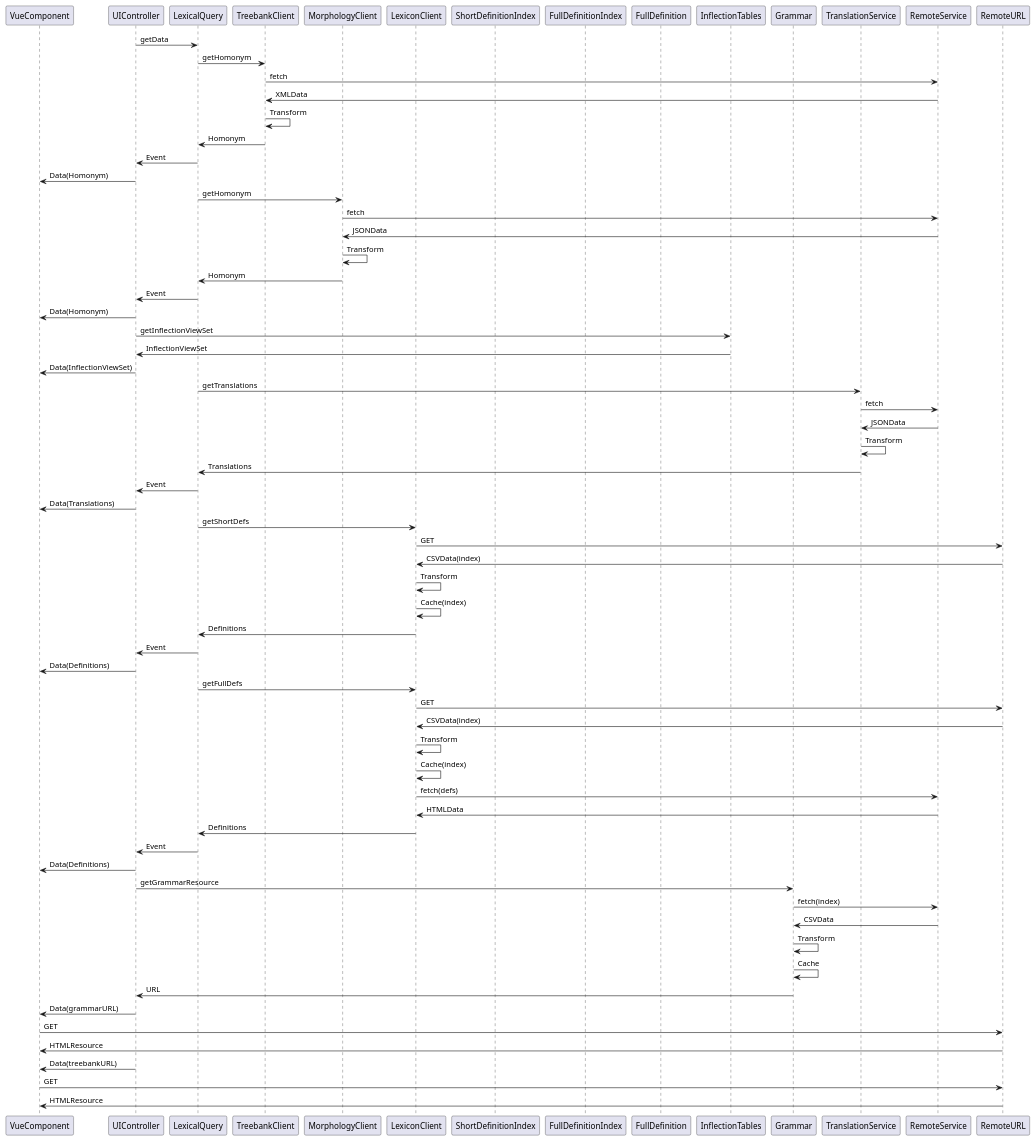
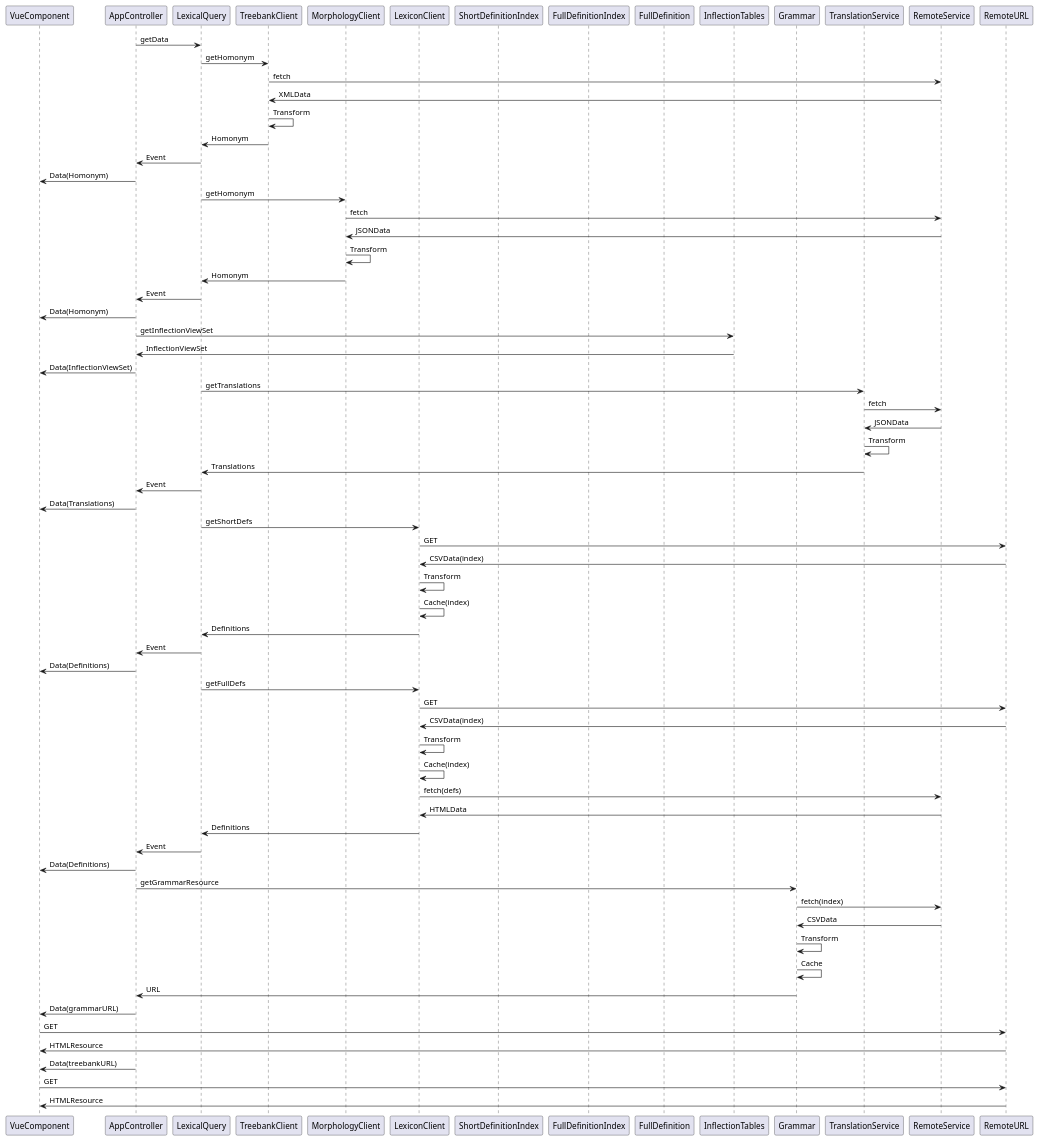
The diagram in development/data-services/lexicalquerydataflow.puml (alpheios-project/documentation), drawn with PlantUML before and after one commit. The commit also changed 15 other files, not shown here.

```diff
--- a/development/data-services/lexicalquerydataflow.puml
+++ b/development/data-services/lexicalquerydataflow.puml
@@ -1,76 +1,76 @@
 @startuml
 
 participant VueComponent as V
-participant UIController as C
+participant AppController as C
 participant LexicalQuery as L
 participant TreebankClient as T
 participant MorphologyClient as M
 participant LexiconClient as X
 participant ShortDefinitionIndex as S
 participant FullDefinitionIndex as D
 participant FullDefinition as F
 participant InflectionTables as I
 participant Grammar as G
 participant TranslationService as A
 participant RemoteService as R
 participant RemoteURL as U
 
 
 C -> L: getData
 L -> T: getHomonym
 T -> R: fetch
 R -> T: XMLData
 T -> T: Transform
 T -> L: Homonym
 L -> C: Event
 C -> V: Data(Homonym)
 L -> M: getHomonym
 M -> R: fetch
 R -> M: JSONData
 M -> M: Transform
 M -> L: Homonym
 L -> C: Event
 C -> V: Data(Homonym)
 C -> I: getInflectionViewSet
 I -> C: InflectionViewSet
 C -> V: Data(InflectionViewSet)
 L -> A: getTranslations
 A -> R: fetch
 R -> A: JSONData
 A -> A: Transform
 A -> L: Translations
 L -> C: Event
 C -> V: Data(Translations)
 L -> X: getShortDefs
 X -> U: GET
 U -> X: CSVData(index)
 X -> X: Transform
 X -> X: Cache(index)
 X -> L: Definitions
 L -> C: Event
 C -> V: Data(Definitions)
 L -> X: getFullDefs
 X -> U: GET
 U -> X: CSVData(index)
 X -> X: Transform
 X -> X: Cache(index)
 X -> R: fetch(defs)
 R -> X: HTMLData
 X -> L: Definitions
 L -> C: Event
 C -> V: Data(Definitions)
 C -> G: getGrammarResource
 G -> R: fetch(index)
 R -> G: CSVData
 G -> G: Transform
 G -> G: Cache
 G -> C: URL
 C -> V: Data(grammarURL)
 V -> U: GET
 U -> V: HTMLResource
 C -> V: Data(treebankURL)
 V -> U: GET
 U -> V: HTMLResource
 
 
 @enduml
```
